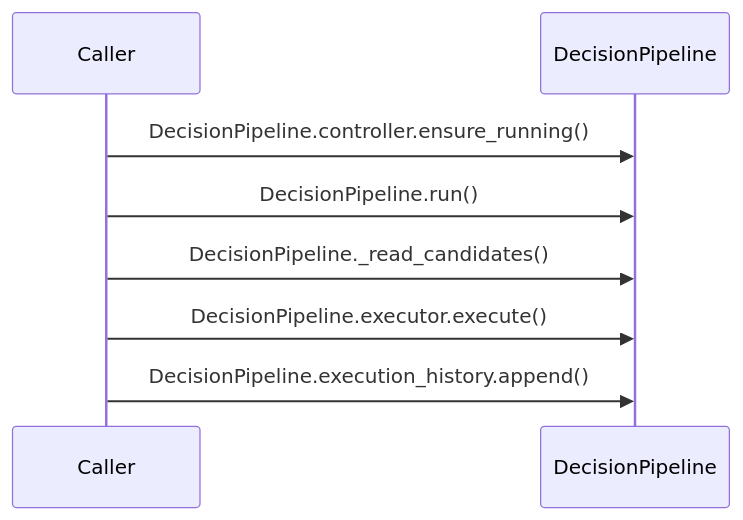
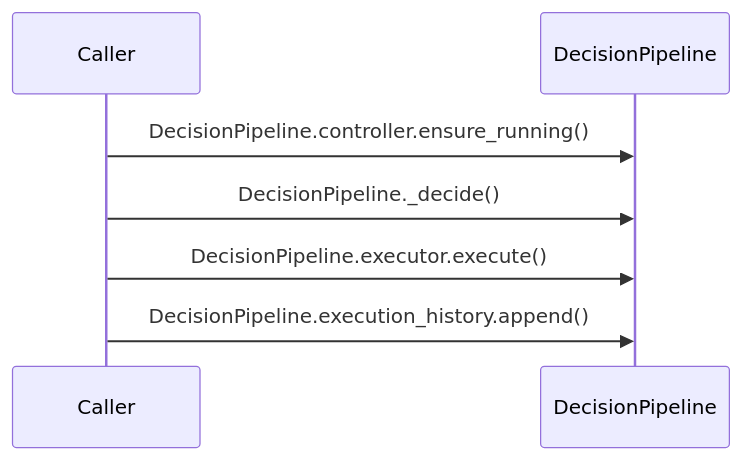
One commit to tomiya7688/AI_game_player changed the diagram in doc/sequence_diagram.mmd. Above: the diagram before and after it, drawn with Mermaid.

Commit message:
docs: update run_and_execute sequence

```diff
--- a/doc/sequence_diagram.mmd
+++ b/doc/sequence_diagram.mmd
@@ -1,8 +1,7 @@
 sequenceDiagram
     participant caller as Caller
     participant target as DecisionPipeline
     caller->>target: DecisionPipeline.controller.ensure_running()
-    caller->>target: DecisionPipeline.run()
-    caller->>target: DecisionPipeline._read_candidates()
+    caller->>target: DecisionPipeline._decide()
     caller->>target: DecisionPipeline.executor.execute()
     caller->>target: DecisionPipeline.execution_history.append()
```
